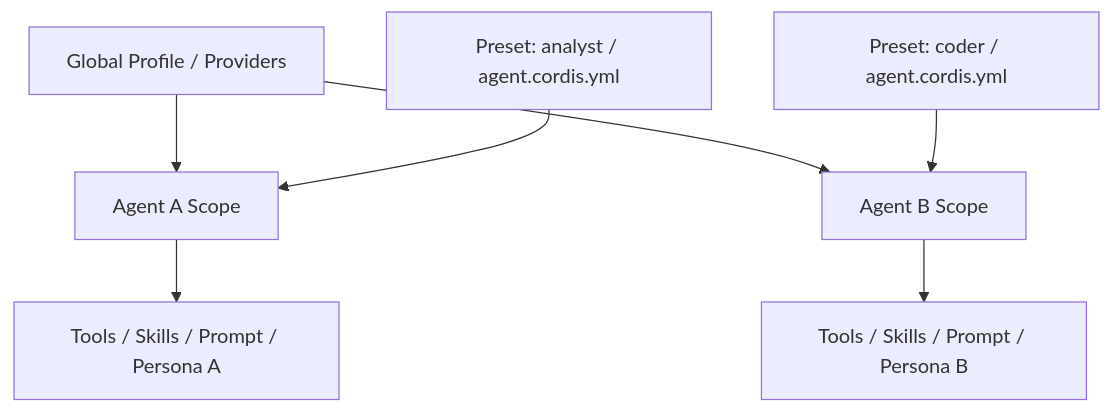
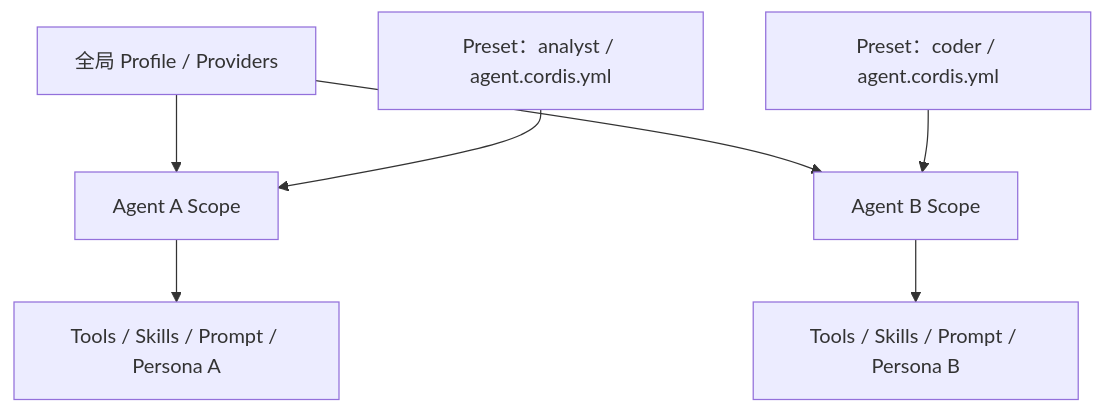
One commit to 0326/dsh-plugin-market changed the diagram in src/react-app/content/whitepaper/v0.1.5-rc.1/08-presets.md. Above: the diagram before and after it, drawn with Mermaid. The commit also changed other lines of this file, not shown here.

Commit message:
docs: localize preset scope diagram and add source links

````diff
--- a/src/react-app/content/whitepaper/v0.1.5-rc.1/08-presets.md
+++ b/src/react-app/content/whitepaper/v0.1.5-rc.1/08-presets.md
@@ -21,9 +21,9 @@
 ```mermaid id=preset-scope
 flowchart TB
-  G["Global Profile / Providers"] --> A1["Agent A Scope"]
+  G["全局 Profile / Providers"] --> A1["Agent A Scope"]
   G --> A2["Agent B Scope"]
-  P1["Preset: analyst / agent.cordis.yml"] --> A1
-  P2["Preset: coder / agent.cordis.yml"] --> A2
+  P1["Preset：analyst / agent.cordis.yml"] --> A1
+  P2["Preset：coder / agent.cordis.yml"] --> A2
   A1 --> T1["Tools / Skills / Prompt / Persona A"]
   A2 --> T2["Tools / Skills / Prompt / Persona B"]
 ```
````
